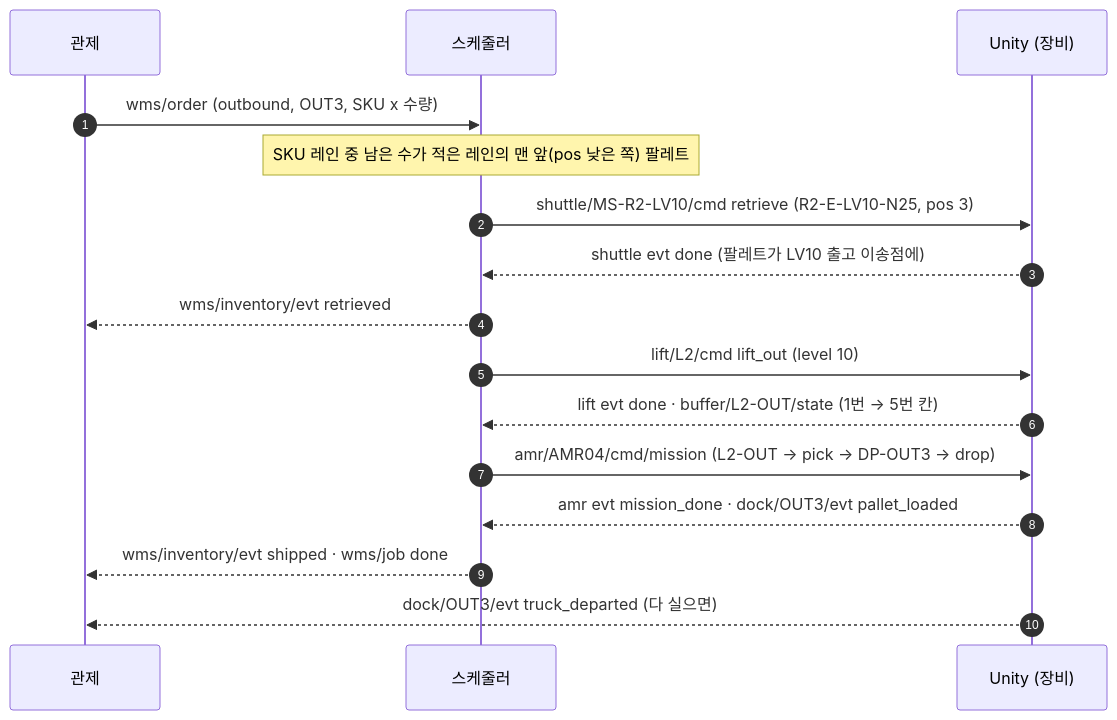
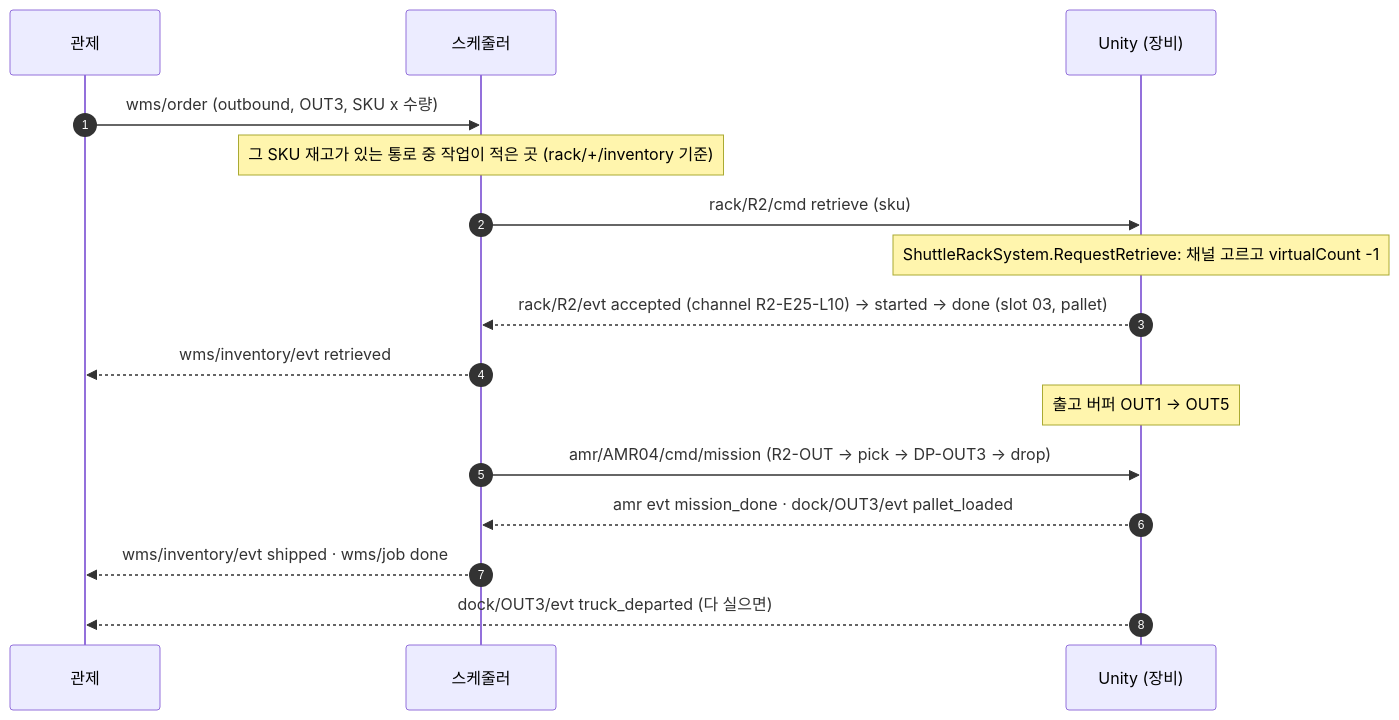
Before and after one commit to jml94-back/Fulfillment_Algorithm: the third of 6 diagrams in comm/README.md, drawn with Mermaid. The commit also changed other lines of this file and 100 other files, not shown here.

````diff
--- a/comm/README.md
+++ b/comm/README.md
@@ -207,18 +214,18 @@
 ```mermaid
 sequenceDiagram
   autonumber
   participant C as 관제
   participant S as 스케줄러
   participant U as Unity (장비)
   C->>S: wms/order (outbound, OUT3, SKU x 수량)
-  Note over S: SKU 레인 중 남은 수가 적은 레인의 맨 앞(pos 낮은 쪽) 팔레트
-  S->>U: shuttle/MS-R2-LV10/cmd retrieve (R2-E-LV10-N25, pos 3)
-  U-->>S: shuttle evt done (팔레트가 LV10 출고 이송점에)
+  Note over S: 그 SKU 재고가 있는 통로 중 작업이 적은 곳 (rack/+/inventory 기준)
+  S->>U: rack/R2/cmd retrieve (sku)
+  Note over U: ShuttleRackSystem.RequestRetrieve: 채널 고르고 virtualCount -1
+  U-->>S: rack/R2/evt accepted (channel R2-E25-L10) → started → done (slot 03, pallet)
   S-->>C: wms/inventory/evt retrieved
-  S->>U: lift/L2/cmd lift_out (level 10)
-  U-->>S: lift evt done · buffer/L2-OUT/state (1번 → 5번 칸)
-  S->>U: amr/AMR04/cmd/mission (L2-OUT → pick → DP-OUT3 → drop)
+  Note over U: 출고 버퍼 OUT1 → OUT5
+  S->>U: amr/AMR04/cmd/mission (R2-OUT → pick → DP-OUT3 → drop)
   U-->>S: amr evt mission_done · dock/OUT3/evt pallet_loaded
   S-->>C: wms/inventory/evt shipped · wms/job done
   U-->>C: dock/OUT3/evt truck_departed (다 실으면)
 ```
````
